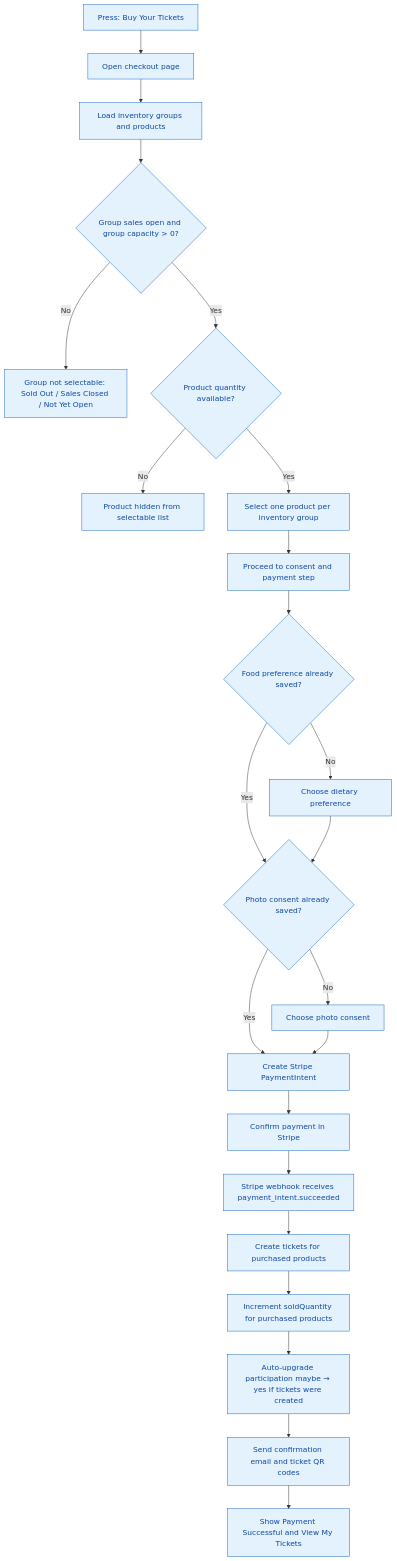
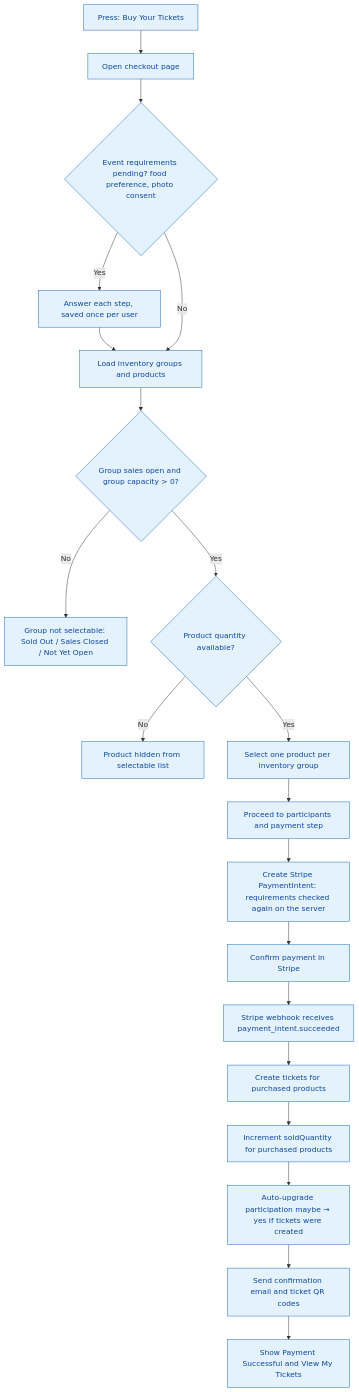
Before and after one commit to Konkrad/cms: the second of 2 diagrams in docs/event-flow.md, drawn with Mermaid. The commit also changed other lines of this file and 6 other files, not shown here.

Commit message:
Docs: user requirements (CLAUDE.md, add-module, testing and theme skills, event and admin docs)

````diff
--- a/docs/event-flow.md
+++ b/docs/event-flow.md
@@ -58,31 +58,26 @@
 ```mermaid
 flowchart TD
   A[Press: Buy Your Tickets] --> B[Open checkout page]
-  B --> C[Load inventory groups and products]
+  B --> B1{Event requirements pending? food preference, photo consent}
+  B1 -->|Yes| B2[Answer each step, saved once per user]
+  B2 --> C
+  B1 -->|No| C[Load inventory groups and products]
   C --> D{Group sales open and group capacity > 0?}
   D -->|No| D1[Group not selectable: Sold Out / Sales Closed / Not Yet Open]
   D -->|Yes| E{Product quantity available?}
   E -->|No| E1[Product hidden from selectable list]
   E -->|Yes| F[Select one product per inventory group]
-  F --> G[Proceed to consent and payment step]
-
-  G --> H{Food preference already saved?}
-  H -->|No| H1[Choose dietary preference]
-  H -->|Yes| I{Photo consent already saved?}
-  H1 --> I
-
-  I -->|No| I1[Choose photo consent]
-  I -->|Yes| L[Create Stripe PaymentIntent]
-  I1 --> L
+  F --> G[Proceed to participants and payment step]
+  G --> L[Create Stripe PaymentIntent: requirements checked again on the server]
 
   L --> M[Confirm payment in Stripe]
   M --> N[Stripe webhook receives payment_intent.succeeded]
   N --> O[Create tickets for purchased products]
   O --> P[Increment soldQuantity for purchased products]
   P --> Q[Auto-upgrade participation maybe → yes if tickets were created]
   Q --> R[Send confirmation email and ticket QR codes]
   R --> S[Show Payment Successful and View My Tickets]
 
   classDef step fill:#e3f2fd,stroke:#1565c0,color:#0d47a1;
-  class A,B,C,D,D1,E,E1,F,G,H,H1,I,I1,L,M,N,O,P,Q,R,S step;
+  class A,B,B1,B2,C,D,D1,E,E1,F,G,L,M,N,O,P,Q,R,S step;
 ```
````
